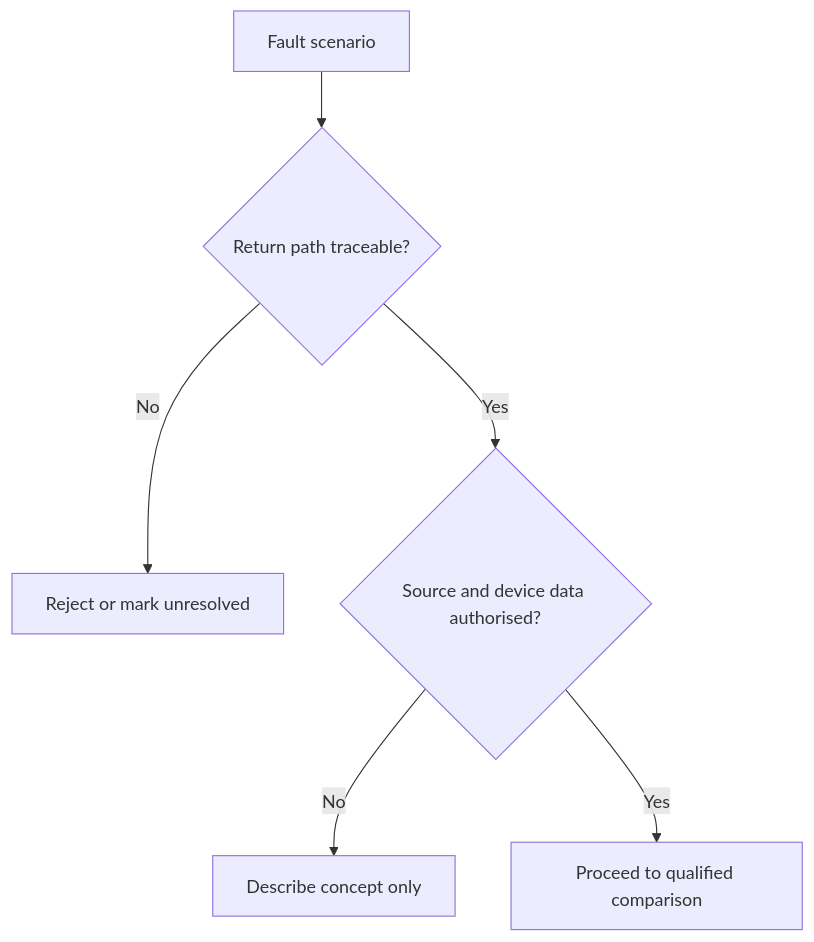
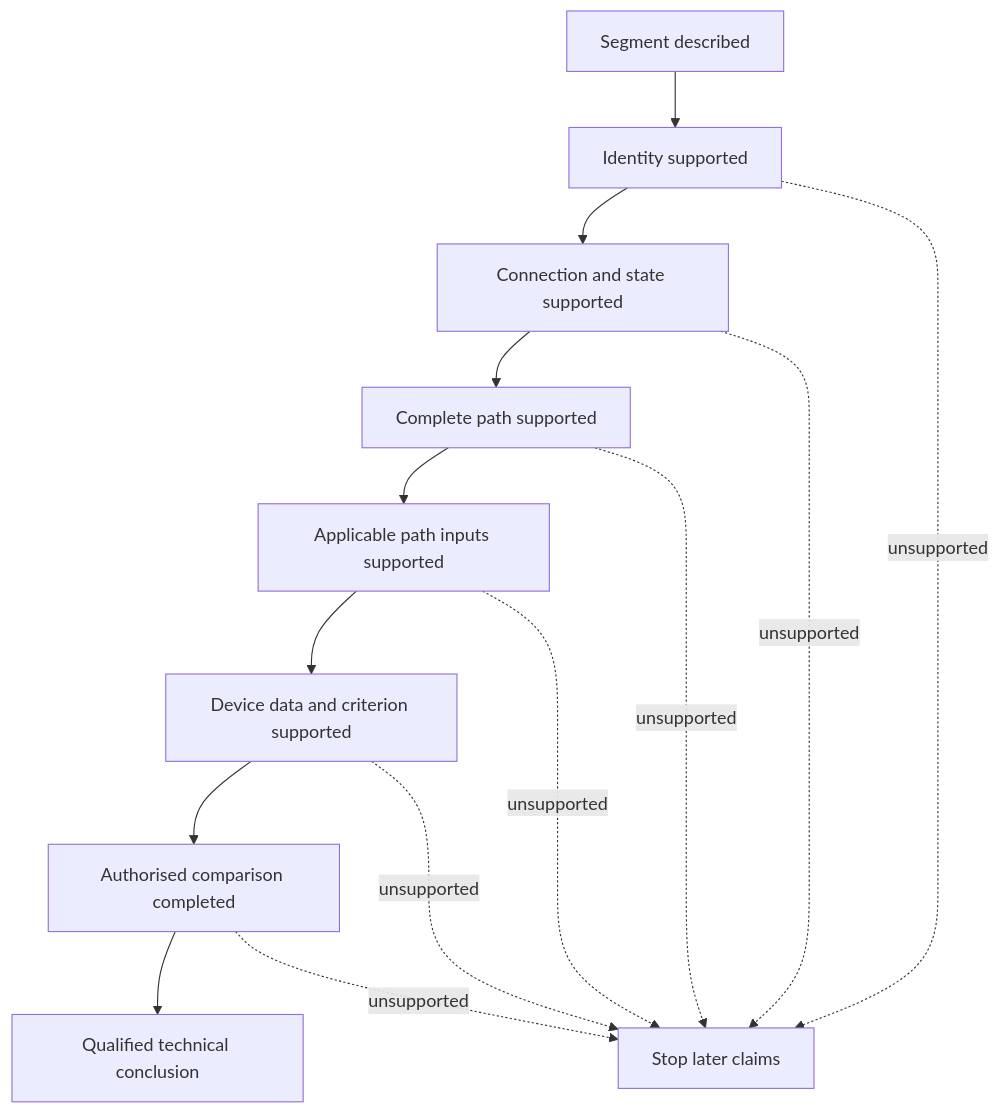
The second of 2 diagrams in docs/learning-plans/12-week/modules/day-31-fault-loop-reasoning-at-concept-level.md (andrew3stedall/capstone), drawn with Mermaid before and after one commit. The commit also changed other lines of this file, not shown here.

Commit message:
Improve Day 31 fault-loop reasoning

````diff
--- a/docs/learning-plans/12-week/modules/day-31-fault-loop-reasoning-at-concept-level.md
+++ b/docs/learning-plans/12-week/modules/day-31-fault-loop-reasoning-at-concept-level.md
@@ -80,8 +128,16 @@
 ```mermaid
 flowchart TD
-    A[Fault scenario] --> B{Return path traceable?}
-    B -->|No| C[Reject or mark unresolved]
-    B -->|Yes| D{Source and device data authorised?}
-    D -->|No| E[Describe concept only]
-    D -->|Yes| F[Proceed to qualified comparison]
+    A[Segment described] --> B[Identity supported]
+    B --> C[Connection and state supported]
+    C --> D[Complete path supported]
+    D --> E[Applicable path inputs supported]
+    E --> F[Device data and criterion supported]
+    F --> G[Authorised comparison completed]
+    G --> H[Qualified technical conclusion]
+    B -. unsupported .-> X[Stop later claims]
+    C -. unsupported .-> X
+    D -. unsupported .-> X
+    E -. unsupported .-> X
+    F -. unsupported .-> X
+    G -. unsupported .-> X
 ```
````
